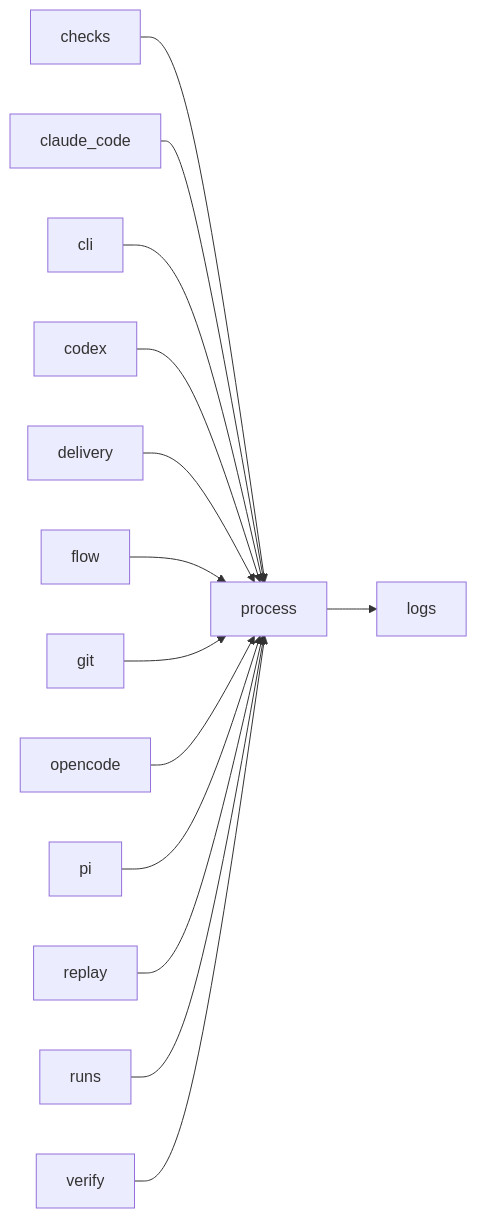
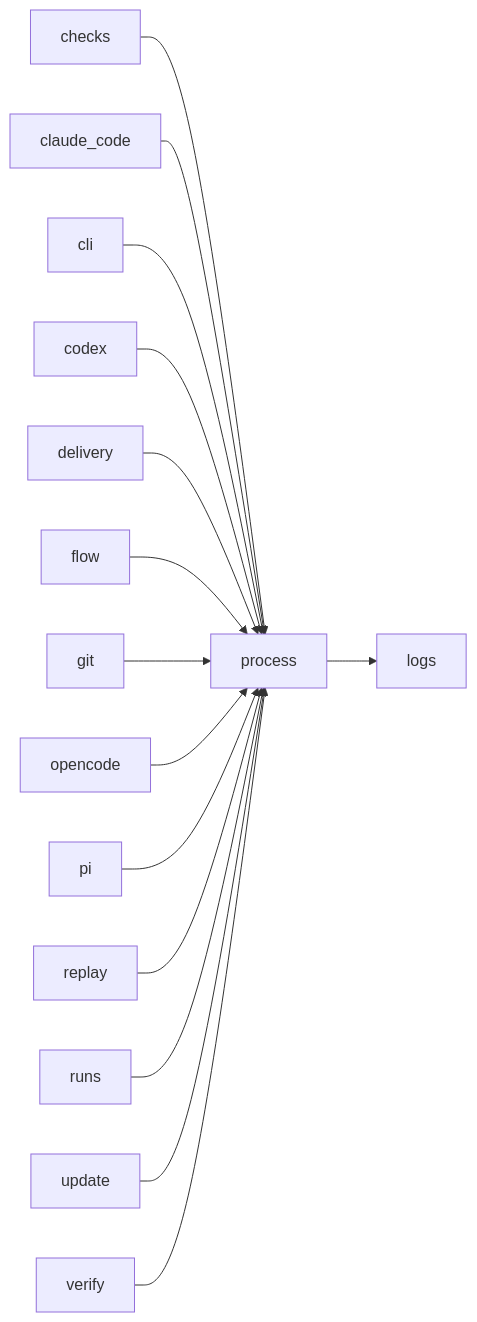
Before and after one commit to plaplanche/ariane: the third of 3 diagrams in docs/architecture/modules/process.md, drawn with Mermaid. The commit also changed 33 other files, not shown here.

````diff
--- a/docs/architecture/modules/process.md
+++ b/docs/architecture/modules/process.md
@@ -99,16 +99,17 @@
 ```mermaid
 flowchart LR
   checks --> process
   claude_code --> process
   cli --> process
   codex --> process
   delivery --> process
   flow --> process
   git --> process
   opencode --> process
   pi --> process
   process --> logs
   replay --> process
   runs --> process
+  update --> process
   verify --> process
 ```
````
